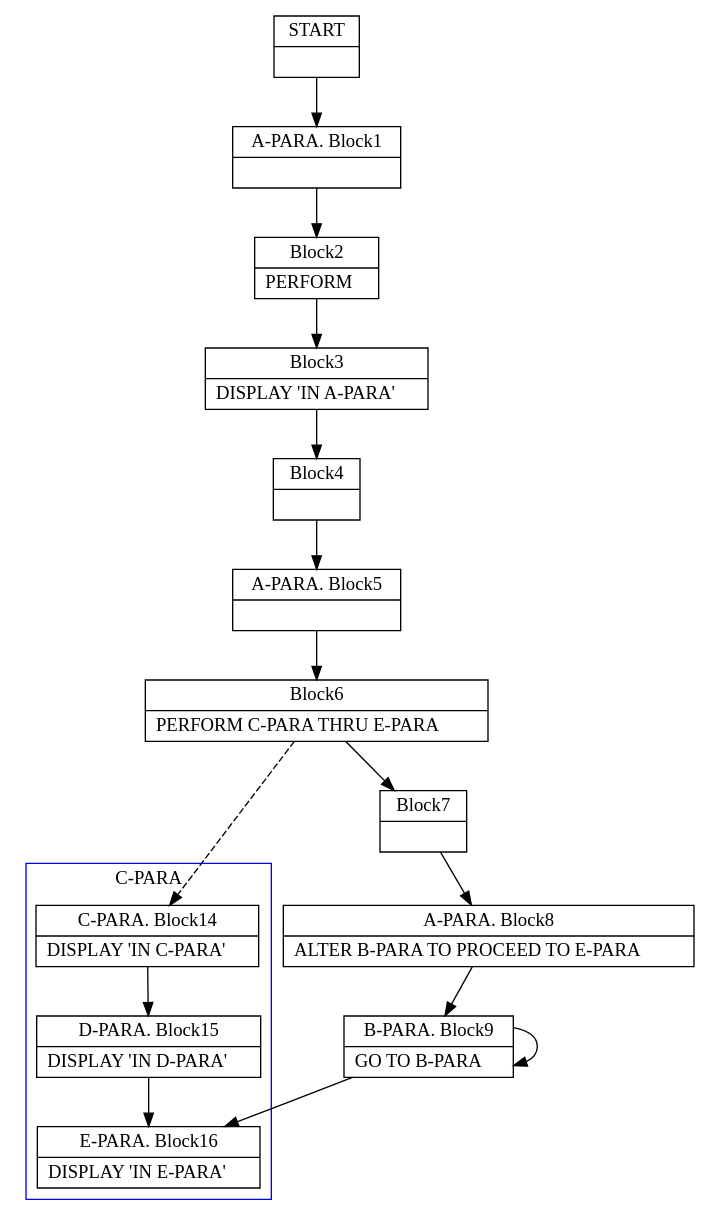
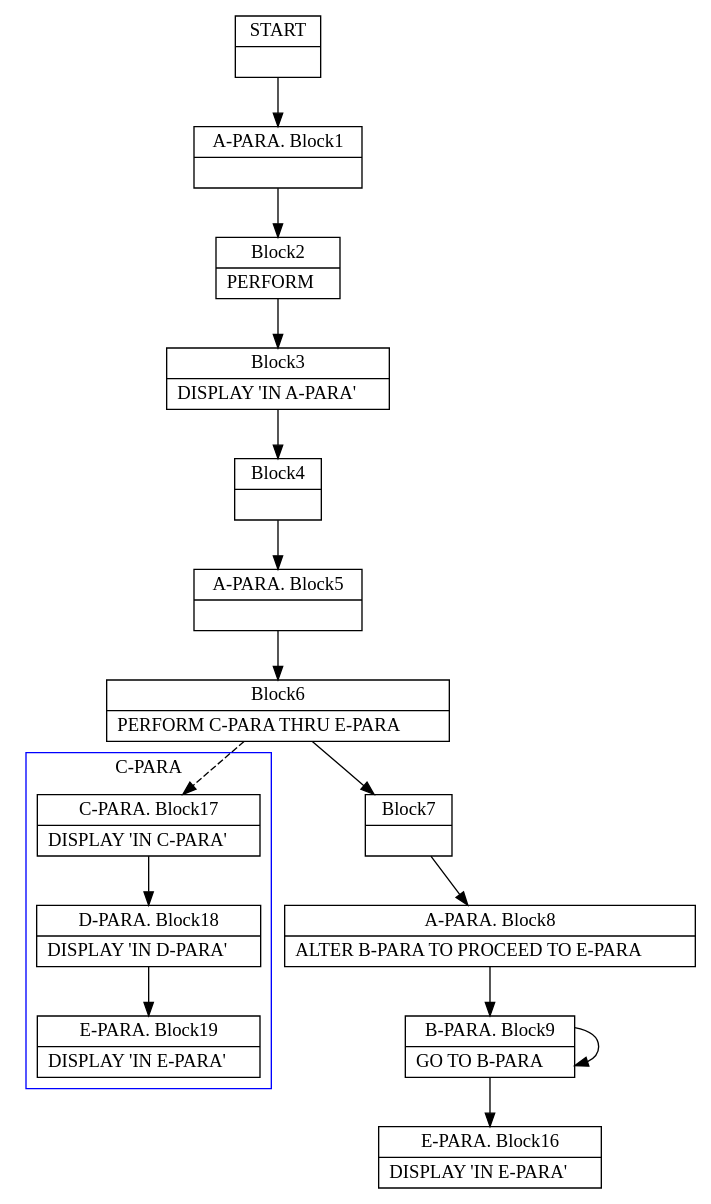
The diagram in TypeCobol.Analysis.Test/BasicCfgInstrs/Alter0.dot (TypeCobolTeam/TypeCobol), drawn with Graphviz before and after one commit. The commit also changed 13 other files, not shown here.

```diff
--- a/TypeCobol.Analysis.Test/BasicCfgInstrs/Alter0.dot
+++ b/TypeCobol.Analysis.Test/BasicCfgInstrs/Alter0.dot
@@ -1,73 +1,73 @@
 digraph Cfg {
 compound=true;
 node [
 shape = "record"
 ]
 
 edge [
 arrowtail = "empty"
 ]
 Block0 [
 label = "{START|}"
 ]
 Block1 [
 label = "{A-PARA. Block1|}"
 ]
 Block2 [
 label = "{Block2|    PERFORM\l}"
 ]
 Block3 [
 label = "{Block3|             DISPLAY 'IN A-PARA'\l}"
 ]
 Block4 [
 label = "{Block4|}"
 ]
 Block5 [
 label = "{A-PARA. Block5|}"
 ]
 Block6 [
 label = "{Block6|    PERFORM C-PARA THRU E-PARA\l}"
 ]
 subgraph cluster_1{
 color = blue;
 label = "C-PARA";
-Block14 [
-label = "{C-PARA. Block14|    DISPLAY 'IN C-PARA'\l}"
+Block17 [
+label = "{C-PARA. Block17|    DISPLAY 'IN C-PARA'\l}"
 ]
-Block15 [
-label = "{D-PARA. Block15|    DISPLAY 'IN D-PARA'\l}"
+Block18 [
+label = "{D-PARA. Block18|    DISPLAY 'IN D-PARA'\l}"
 ]
-Block16 [
-label = "{E-PARA. Block16|    DISPLAY 'IN E-PARA'\l}"
+Block19 [
+label = "{E-PARA. Block19|    DISPLAY 'IN E-PARA'\l}"
 ]
-Block14 -> Block15
-Block15 -> Block16
+Block17 -> Block18
+Block18 -> Block19
 
 }
-Block6 -> Block14 [style=dashed]
+Block6 -> Block17 [style=dashed]
 
 Block7 [
 label = "{Block7|}"
 ]
 Block8 [
 label = "{A-PARA. Block8|    ALTER B-PARA TO PROCEED TO E-PARA\l}"
 ]
 Block9 [
 label = "{B-PARA. Block9|        GO TO B-PARA\l}"
 ]
 Block16 [
 label = "{E-PARA. Block16|    DISPLAY 'IN E-PARA'\l}"
 ]
 Block0 -> Block1
 Block1 -> Block2
 Block2 -> Block3
 Block3 -> Block4
 Block4 -> Block5
 Block5 -> Block6
 Block6 -> Block7
 Block7 -> Block8
 Block8 -> Block9
 Block9 -> Block9
 Block9 -> Block16
 
 }
```
